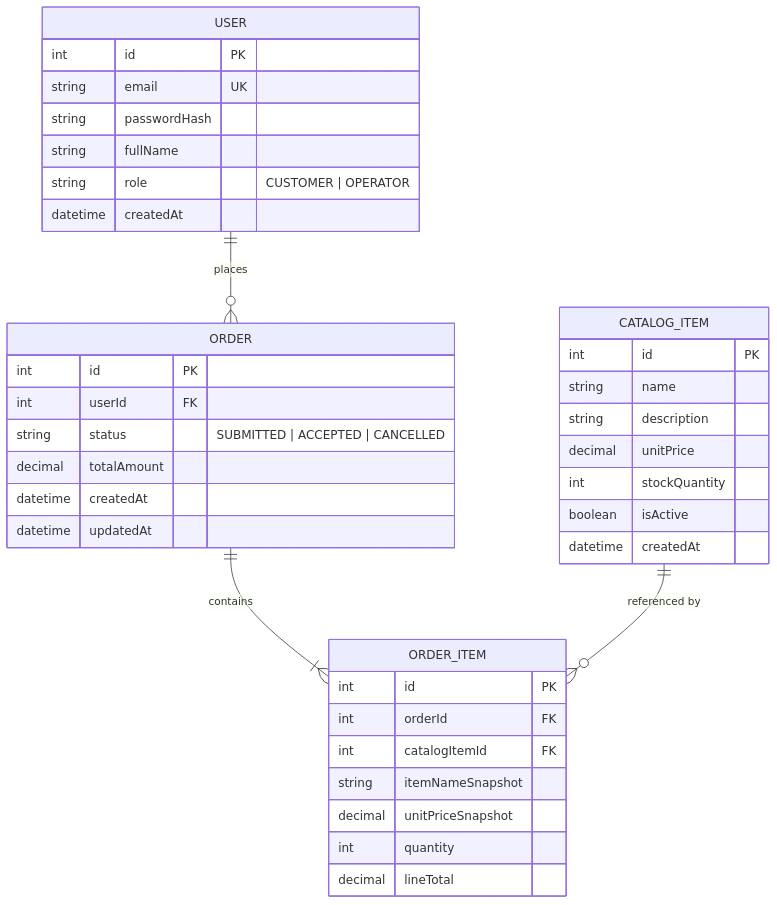
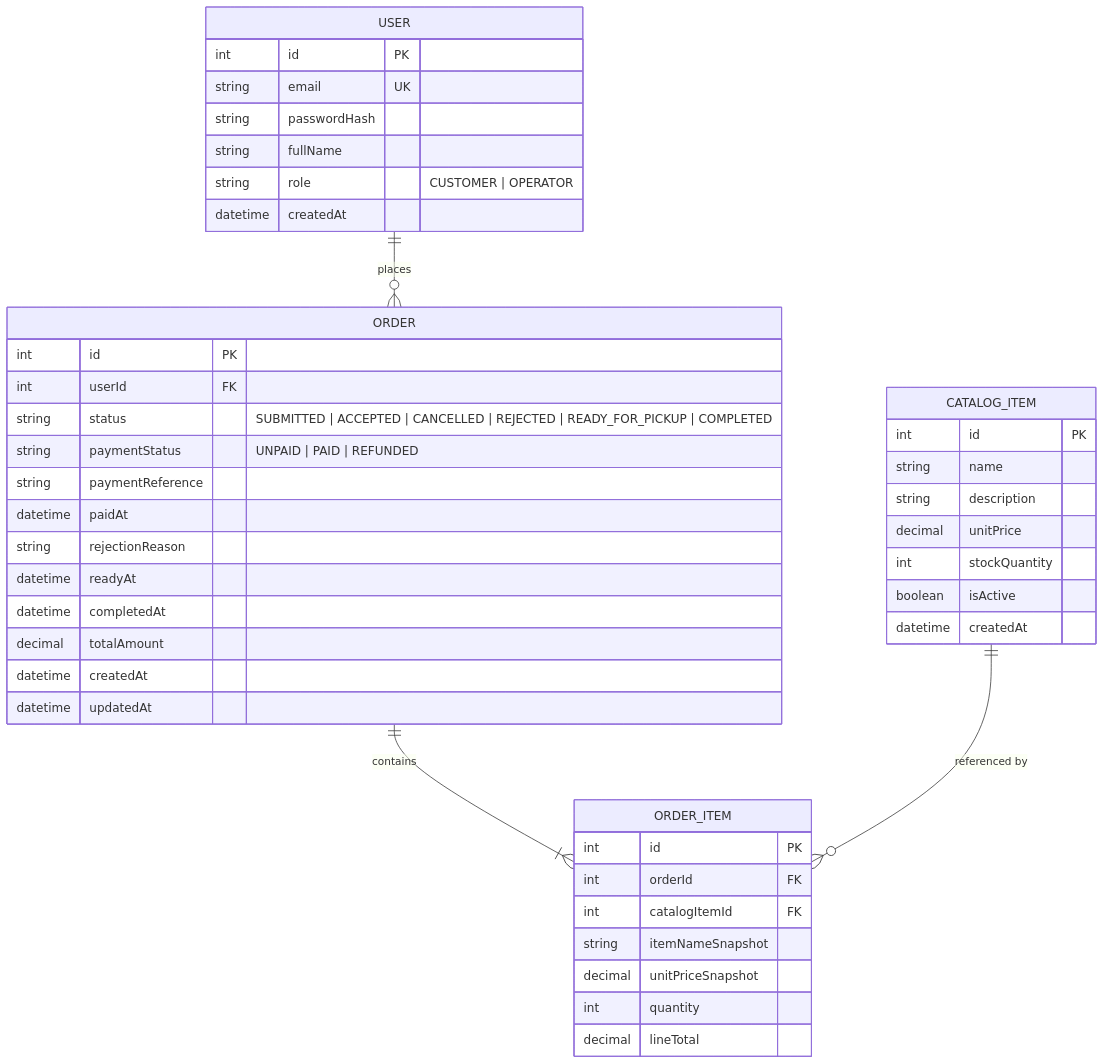
Before and after one commit to Apuaticguy/cpe334_project1: the second of 2 diagrams in docs/system-sds.md, drawn with Mermaid. The commit also changed other lines of this file and 7 other files, not shown here.

````diff
--- a/docs/system-sds.md
+++ b/docs/system-sds.md
@@ -61,44 +61,50 @@
 ```mermaid
 erDiagram
     USER ||--o{ ORDER : "places"
     ORDER ||--|{ ORDER_ITEM : "contains"
     CATALOG_ITEM ||--o{ ORDER_ITEM : "referenced by"
 
     USER {
         int id PK
         string email UK
         string passwordHash
         string fullName
         string role "CUSTOMER | OPERATOR"
         datetime createdAt
     }
 
     CATALOG_ITEM {
         int id PK
         string name
         string description
         decimal unitPrice
         int stockQuantity
         boolean isActive
         datetime createdAt
     }
 
     ORDER {
         int id PK
         int userId FK
-        string status "SUBMITTED | ACCEPTED | CANCELLED"
+        string status "SUBMITTED | ACCEPTED | CANCELLED | REJECTED | READY_FOR_PICKUP | COMPLETED"
+        string paymentStatus "UNPAID | PAID | REFUNDED"
+        string paymentReference
+        datetime paidAt
+        string rejectionReason
+        datetime readyAt
+        datetime completedAt
         decimal totalAmount
         datetime createdAt
         datetime updatedAt
     }
 
     ORDER_ITEM {
         int id PK
         int orderId FK
         int catalogItemId FK
         string itemNameSnapshot
         decimal unitPriceSnapshot
         int quantity
         decimal lineTotal
     }
 ```
````
